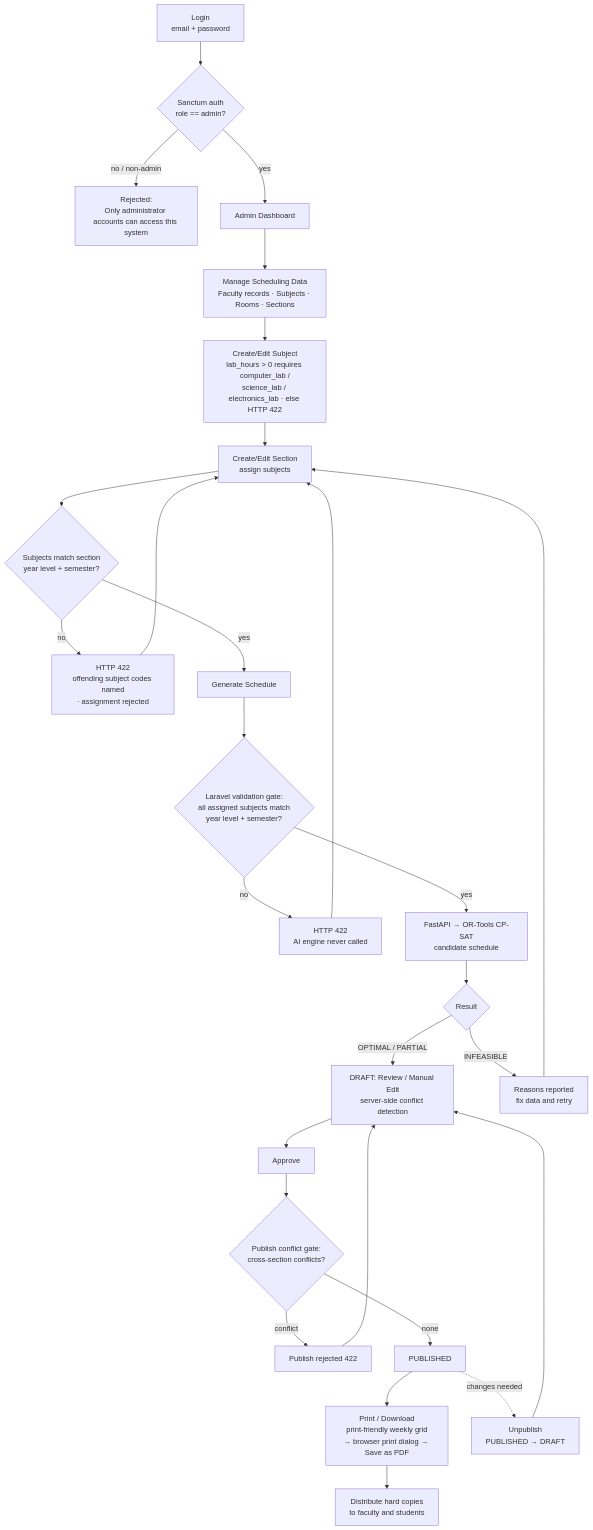
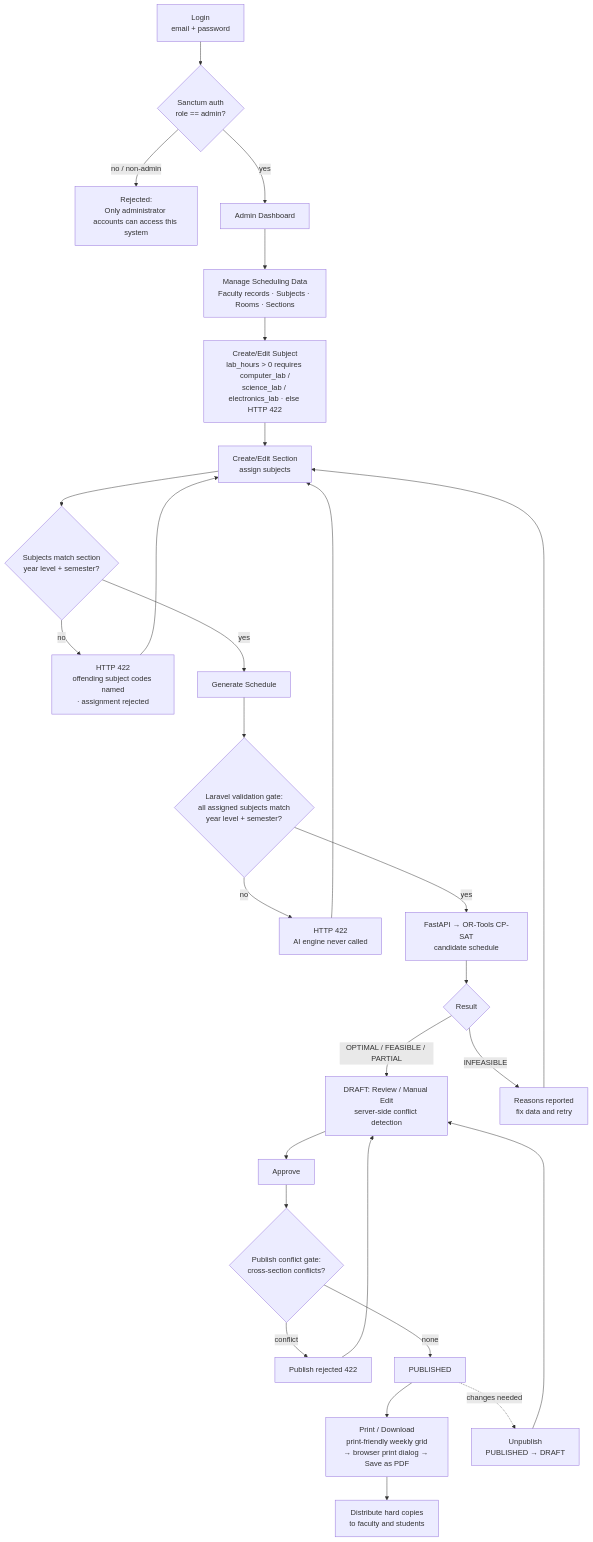
The diagram in documentation/screenshots/user-flow-admin.mmd (KiroOoo-arch/IT-faculty-scheduling-system), drawn with Mermaid before and after one commit. The commit also changed 17 other files, not shown here.

```diff
--- a/documentation/screenshots/user-flow-admin.mmd
+++ b/documentation/screenshots/user-flow-admin.mmd
@@ -1,28 +1,28 @@
 flowchart TD
     A[Login<br/>email + password] --> B{Sanctum auth<br/>role == admin?}
     B -- no / non-admin --> X[Rejected:<br/>Only administrator accounts can access this system]
     B -- yes --> C[Admin Dashboard]
     C --> D[Manage Scheduling Data<br/>Faculty records · Subjects · Rooms · Sections]
     D --> D1[Create/Edit Subject<br/>lab_hours > 0 requires computer_lab /<br/>science_lab / electronics_lab · else HTTP 422]
     D1 --> E[Create/Edit Section<br/>assign subjects]
     E --> E1{Subjects match section<br/>year level + semester?}
     E1 -- no --> E2[HTTP 422<br/>offending subject codes named<br/>· assignment rejected]
     E2 --> E
     E1 -- yes --> F[Generate Schedule]
     F --> F1{Laravel validation gate:<br/>all assigned subjects match<br/>year level + semester?}
     F1 -- no --> F2[HTTP 422<br/>AI engine never called]
     F2 --> E
     F1 -- yes --> F3[FastAPI → OR-Tools CP-SAT<br/>candidate schedule]
     F3 --> G{Result}
-    G -- OPTIMAL / PARTIAL --> H[DRAFT: Review / Manual Edit<br/>server-side conflict detection]
+    G -- OPTIMAL / FEASIBLE / PARTIAL --> H[DRAFT: Review / Manual Edit<br/>server-side conflict detection]
     G -- INFEASIBLE --> I[Reasons reported<br/>fix data and retry]
     I --> E
     H --> J[Approve]
     J --> K{Publish conflict gate:<br/>cross-section conflicts?}
     K -- conflict --> L[Publish rejected 422]
     L --> H
     K -- none --> M[PUBLISHED]
     M --> N[Print / Download<br/>print-friendly weekly grid<br/>→ browser print dialog → Save as PDF]
     N --> O[Distribute hard copies<br/>to faculty and students]
     M -. changes needed .-> P[Unpublish<br/>PUBLISHED → DRAFT]
     P --> H
```
